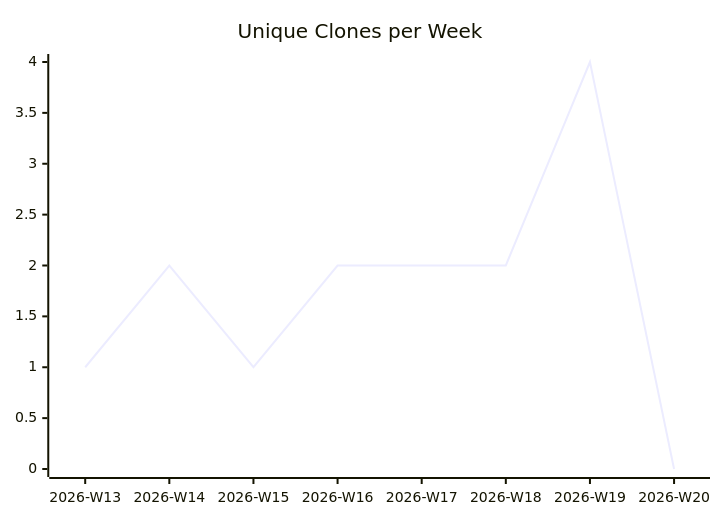
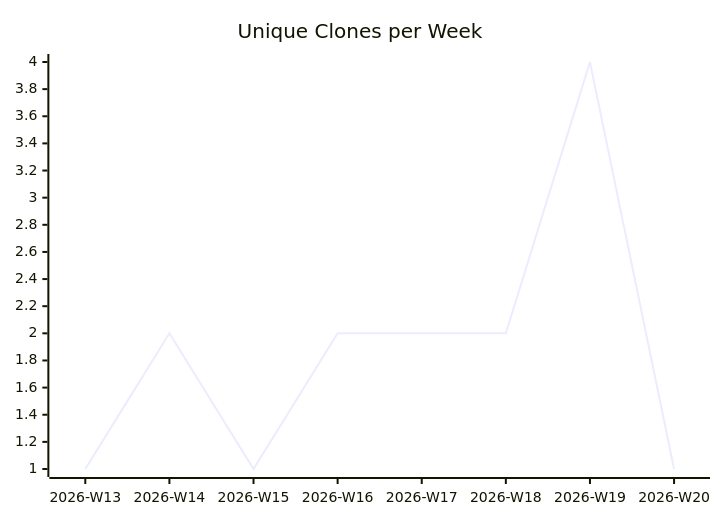
Before and after one commit to justdavis-family/github-analytics-data: the third of 3 diagrams in karlmdavis/sample-maven-and-rcp/README.md, drawn with Mermaid. The commit also changed other lines of this file and 192 other files, not shown here.

````diff
--- a/karlmdavis/sample-maven-and-rcp/README.md
+++ b/karlmdavis/sample-maven-and-rcp/README.md
@@ -19,6 +19,6 @@
 ```mermaid
 xychart-beta
   title "Unique Clones per Week"
   x-axis ["2026-W13", "2026-W14", "2026-W15", "2026-W16", "2026-W17", "2026-W18", "2026-W19", "2026-W20"]
-  line [1, 2, 1, 2, 2, 2, 4, 0]
+  line [1, 2, 1, 2, 2, 2, 4, 1]
 ```
````
